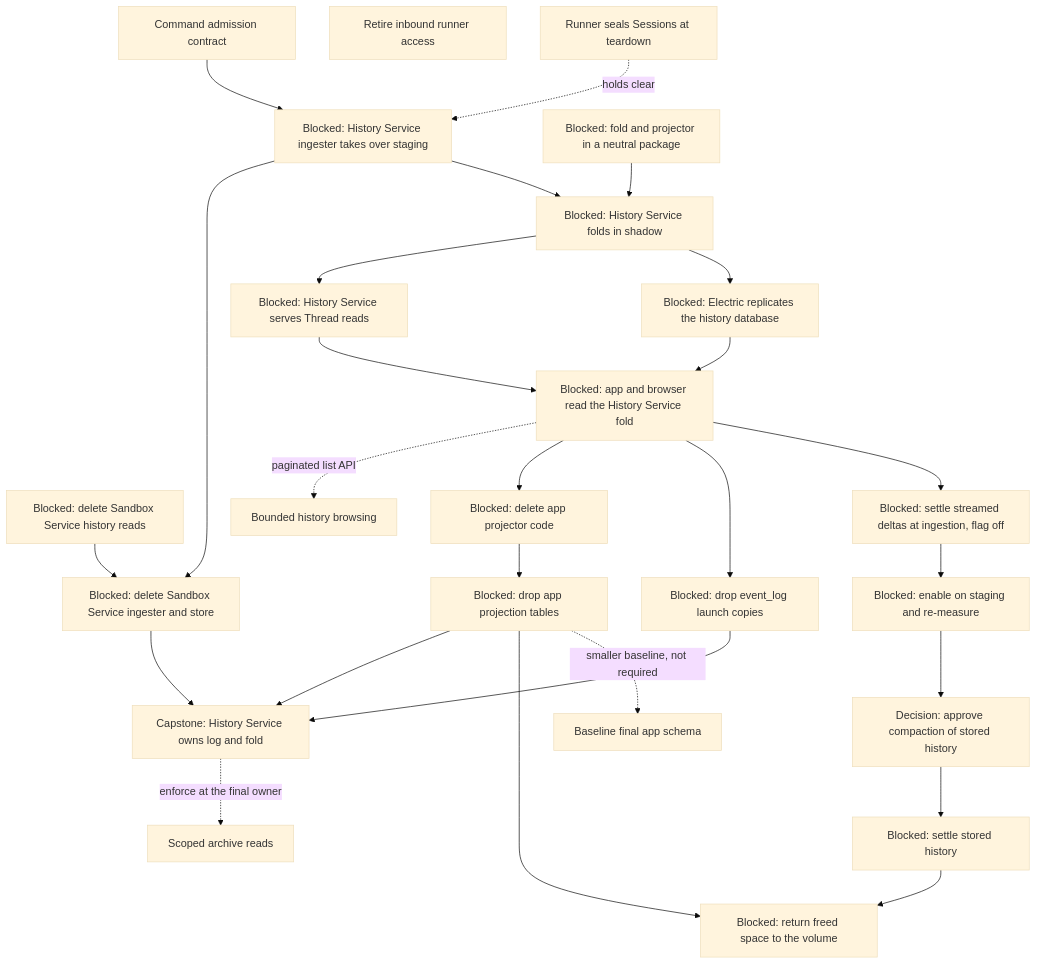
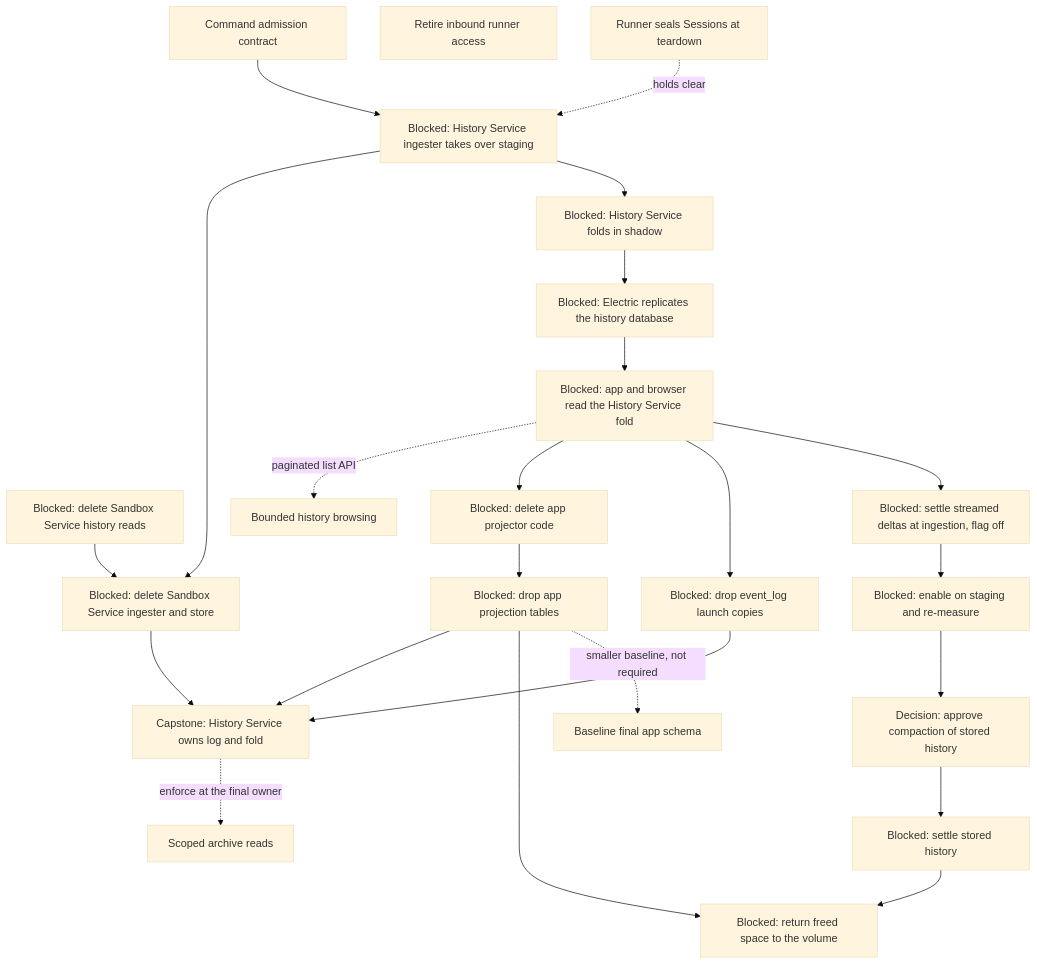
Before and after one commit to agentydragon-agent/ducktape: the eighth of 10 diagrams in agentplane/plans/task_dag.md, drawn with Mermaid (base theme). The commit also changed other lines of this file and 97 other files, not shown here.

````diff
--- a/agentplane/plans/task_dag.md
+++ b/agentplane/plans/task_dag.md
@@ -697,50 +697,45 @@
 ```mermaid
 flowchart TD
     SESSION_COMMAND_CONTRACT[Command admission contract]
     SANDBOX_HISTORY_READS_RETIRE[Blocked: delete Sandbox Service history reads]
     HISTORY_WRITE_HANDOFF[Blocked: History Service ingester takes over staging]
     SANDBOX_LOCAL_HISTORY_RETIRE[Blocked: delete Sandbox Service ingester and store]
-    FOLD_LIBRARY_EXTRACT[Blocked: fold and projector in a neutral package]
     FOLD_SHADOW[Blocked: History Service folds in shadow]
-    FOLD_READ_API[Blocked: History Service serves Thread reads]
     ELECTRIC_HISTORY_SOURCE[Blocked: Electric replicates the history database]
     FOLD_READ_CUTOVER[Blocked: app and browser read the History Service fold]
     APP_PROJECTOR_RETIRE[Blocked: delete app projector code]
     APP_PROJECTION_RETIRE[Blocked: drop app projection tables]
     APP_EVENT_LOG_COPIES_RETIRE[Blocked: drop event_log launch copies]
     HISTORY_SERVICE_OWNERSHIP[Capstone: History Service owns log and fold]
     SESSION_EVENT_RETENTION[Blocked: settle streamed deltas at ingestion, flag off]
     SESSION_EVENT_RETENTION_ENABLE[Blocked: enable on staging and re-measure]
     SESSION_EVENT_COMPACTION_PLAN[Decision: approve compaction of stored history]
     SESSION_EVENT_COMPACTION[Blocked: settle stored history]
     HISTORY_REPACK[Blocked: return freed space to the volume]
     APP_ALEMBIC_SQUASH[Baseline final app schema]
     THREAD_BROWSE_PAGINATE[Bounded history browsing]
     THREAD_READ_POLICY[Scoped archive reads]
     RUNNER_INBOUND_RETIRE[Retire inbound runner access]
     SESSION_COMMAND_CONTRACT --> HISTORY_WRITE_HANDOFF
     RUNNER_TEARDOWN_SEAL[Runner seals Sessions at teardown] -. holds clear .-> HISTORY_WRITE_HANDOFF
     HISTORY_WRITE_HANDOFF --> SANDBOX_LOCAL_HISTORY_RETIRE
     SANDBOX_HISTORY_READS_RETIRE --> SANDBOX_LOCAL_HISTORY_RETIRE
-    FOLD_LIBRARY_EXTRACT --> FOLD_SHADOW
     HISTORY_WRITE_HANDOFF --> FOLD_SHADOW
-    FOLD_SHADOW --> FOLD_READ_API
     FOLD_SHADOW --> ELECTRIC_HISTORY_SOURCE
-    FOLD_READ_API --> FOLD_READ_CUTOVER
     FOLD_READ_CUTOVER -. paginated list API .-> THREAD_BROWSE_PAGINATE
     ELECTRIC_HISTORY_SOURCE --> FOLD_READ_CUTOVER
     FOLD_READ_CUTOVER --> APP_PROJECTOR_RETIRE
     APP_PROJECTOR_RETIRE --> APP_PROJECTION_RETIRE
     FOLD_READ_CUTOVER --> APP_EVENT_LOG_COPIES_RETIRE
     APP_EVENT_LOG_COPIES_RETIRE --> HISTORY_SERVICE_OWNERSHIP
     APP_PROJECTION_RETIRE --> HISTORY_SERVICE_OWNERSHIP
     SANDBOX_LOCAL_HISTORY_RETIRE --> HISTORY_SERVICE_OWNERSHIP
     FOLD_READ_CUTOVER --> SESSION_EVENT_RETENTION
     SESSION_EVENT_RETENTION --> SESSION_EVENT_RETENTION_ENABLE
     SESSION_EVENT_RETENTION_ENABLE --> SESSION_EVENT_COMPACTION_PLAN
     SESSION_EVENT_COMPACTION_PLAN --> SESSION_EVENT_COMPACTION
     SESSION_EVENT_COMPACTION --> HISTORY_REPACK
     APP_PROJECTION_RETIRE --> HISTORY_REPACK
     APP_PROJECTION_RETIRE -. smaller baseline, not required .-> APP_ALEMBIC_SQUASH
     HISTORY_SERVICE_OWNERSHIP -. enforce at the final owner .-> THREAD_READ_POLICY
 ```
````
